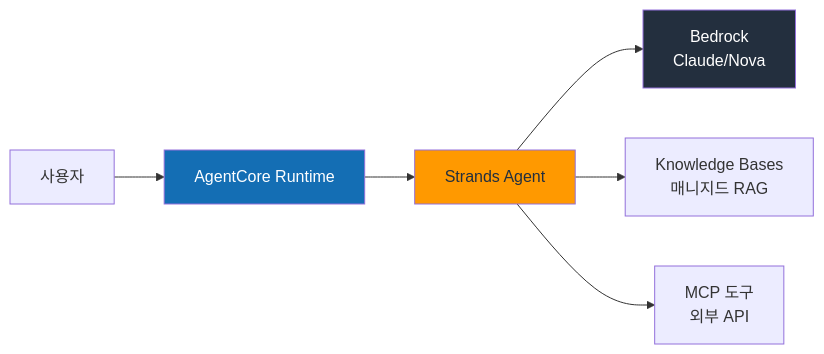
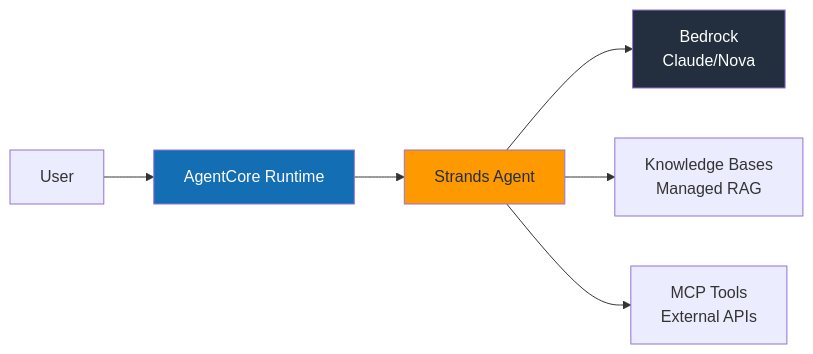
One commit to devfloor9/engineering-playbook changed the third of 5 diagrams in docs/agentic-ai-platform/design-architecture/platform-selection/aws-native-agentic-platform.md. Above: the diagram before and after it, drawn with Mermaid. The commit also changed other lines of this file and 954 other files, not shown here.

````diff
--- a/docs/agentic-ai-platform/design-architecture/platform-selection/aws-native-agentic-platform.md
+++ b/docs/agentic-ai-platform/design-architecture/platform-selection/aws-native-agentic-platform.md
@@ -328,12 +329,12 @@
 ```mermaid
 graph LR
-    User["사용자"] --> Runtime["AgentCore Runtime"]
+    User["User"] --> Runtime["AgentCore Runtime"]
     Runtime --> Agent["Strands Agent"]
     Agent --> Bedrock["Bedrock<br/>Claude/Nova"]
-    Agent --> KB["Knowledge Bases<br/>매니지드 RAG"]
-    Agent --> Tools["MCP 도구<br/>외부 API"]
+    Agent --> KB["Knowledge Bases<br/>Managed RAG"]
+    Agent --> Tools["MCP Tools<br/>External APIs"]
 
     style Runtime fill:#146EB4,color:#fff
     style Agent fill:#FF9900,color:#232F3E
     style Bedrock fill:#232F3E,color:#fff
 ```
````
